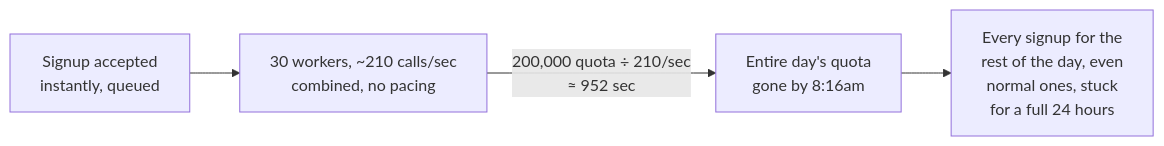
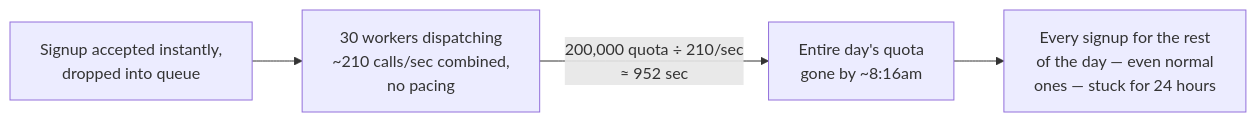
One commit to riyaz-pasha/Learnings changed the fourth of 13 diagrams in system-design/HLD/0-course/50-National-ID-KYC-Verification-System-FAANG-Guide-story.md. Above: the diagram before and after it, drawn with Mermaid. The commit also changed other lines of this file and 1 other file, not shown here.

Commit message:
[REWRITE] National ID KYC Verification story guide: simplify prose, add structure, fix diagrams

````diff
--- a/system-design/HLD/0-course/50-National-ID-KYC-Verification-System-FAANG-Guide-story.md
+++ b/system-design/HLD/0-course/50-National-ID-KYC-Verification-System-FAANG-Guide-story.md
@@ -182,6 +281,6 @@
 ```mermaid
 flowchart LR
-    A["Signup accepted\ninstantly, queued"] --> B["30 workers, ~210 calls/sec\ncombined, no pacing"]
-    B -->|"200,000 quota ÷ 210/sec\n≈ 952 sec"| C["Entire day's quota\ngone by 8:16am"]
-    C --> D["Every signup for the\nrest of the day, even\nnormal ones, stuck\nfor a full 24 hours"]
+    A["Signup accepted instantly,<br/>dropped into queue"] --> B["30 workers dispatching<br/>~210 calls/sec combined,<br/>no pacing"]
+    B -->|"200,000 quota ÷ 210/sec<br/>≈ 952 sec"| C["Entire day's quota<br/>gone by ~8:16am"]
+    C --> D["Every signup for the rest<br/>of the day — even normal<br/>ones — stuck for 24 hours"]
 ```
````
